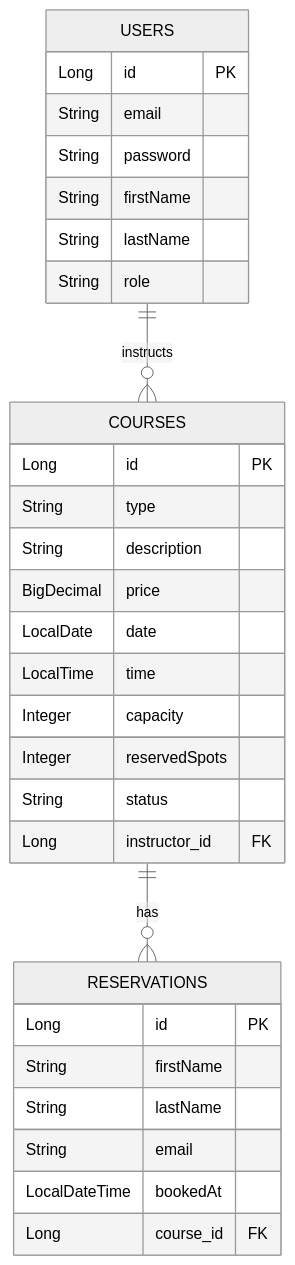
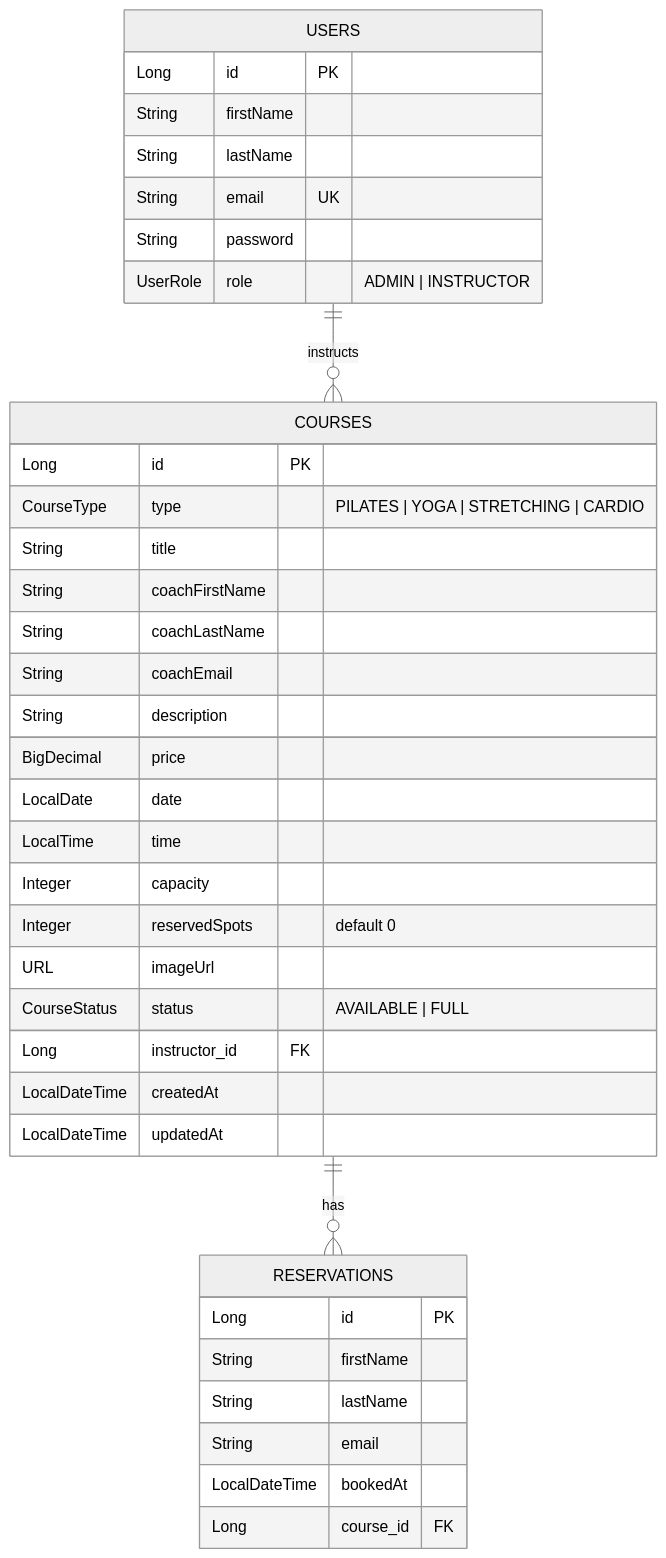
One commit to IMENO07/souplesse-pilate changed the second of 3 diagrams in Docs/Back_end.md. Above: the diagram before and after it, drawn with Mermaid (neutral theme). The commit also changed other lines of this file and 5 other files, not shown here.

First line of the commit message:
docs: fully rewrite all specification documents to reflect current monolithic architecture

````diff
--- a/Docs/Back_end.md
+++ b/Docs/Back_end.md
@@ -98,36 +134,43 @@
 ```mermaid
 erDiagram
     USERS ||--o{ COURSES : "instructs"
     COURSES ||--o{ RESERVATIONS : "has"
     
     USERS {
         Long id PK
-        String email
-        String password
         String firstName
         String lastName
-        String role
+        String email UK
+        String password
+        UserRole role "ADMIN | INSTRUCTOR"
     }
     
     COURSES {
         Long id PK
-        String type
+        CourseType type "PILATES | YOGA | STRETCHING | CARDIO"
+        String title
+        String coachFirstName
+        String coachLastName
+        String coachEmail
         String description
         BigDecimal price
         LocalDate date
         LocalTime time
         Integer capacity
-        Integer reservedSpots
-        String status
+        Integer reservedSpots "default 0"
+        URL imageUrl
+        CourseStatus status "AVAILABLE | FULL"
         Long instructor_id FK
+        LocalDateTime createdAt
+        LocalDateTime updatedAt
     }
     
     RESERVATIONS {
         Long id PK
         String firstName
         String lastName
         String email
         LocalDateTime bookedAt
         Long course_id FK
     }
 ```
````
